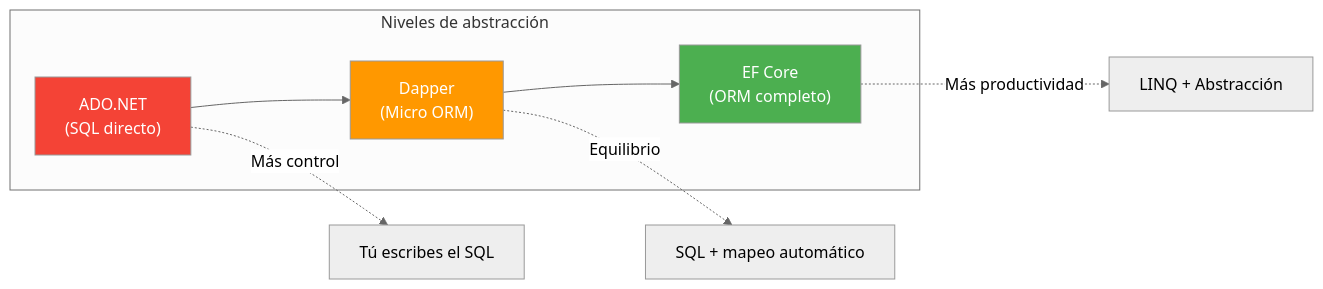
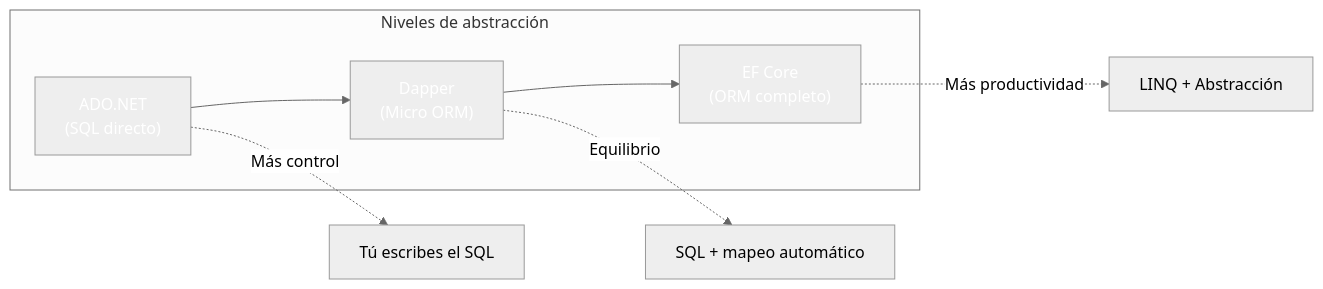
Diagram 11 of 14 in 21-sql-nosql.md (joseluisgs/DesarrolloWebEntornosServidor-01-2026-2027), drawn with Mermaid (neutral theme) before and after one commit. The commit also changed other lines of this file and 66 other files, not shown here.

First line of the commit message:
fix: normalizar titulos al castellano de frase y corregir la paleta de mermaid

````diff
--- a/21-sql-nosql.md
+++ b/21-sql-nosql.md
@@ -1379,15 +1379,15 @@
 ```mermaid
 graph LR
     subgraph NIVELES["Niveles de abstracción"]
         A["ADO.NET<br/>(SQL directo)"] --> B["Dapper<br/>(Micro ORM)"]
         B --> C["EF Core<br/>(ORM completo)"]
     end
 
     A -.->|"Más control"| A1["Tú escribes el SQL"]
     B -.->|"Equilibrio"| B1["SQL + mapeo automático"]
     C -.->|"Más productividad"| C1["LINQ + Abstracción"]
 
-    style A fill:#f44336,color:#fff
-    style B fill:#FF9800,color:#fff
-    style C fill:#4CAF50,color:#fff
+    style A fill:#f4433,color:#fff6,color:#fff
+    style B fill:#FF980,color:#fff0,color:#fff
+    style C fill:#4CAF5,color:#fff0,color:#fff
 ```
````
